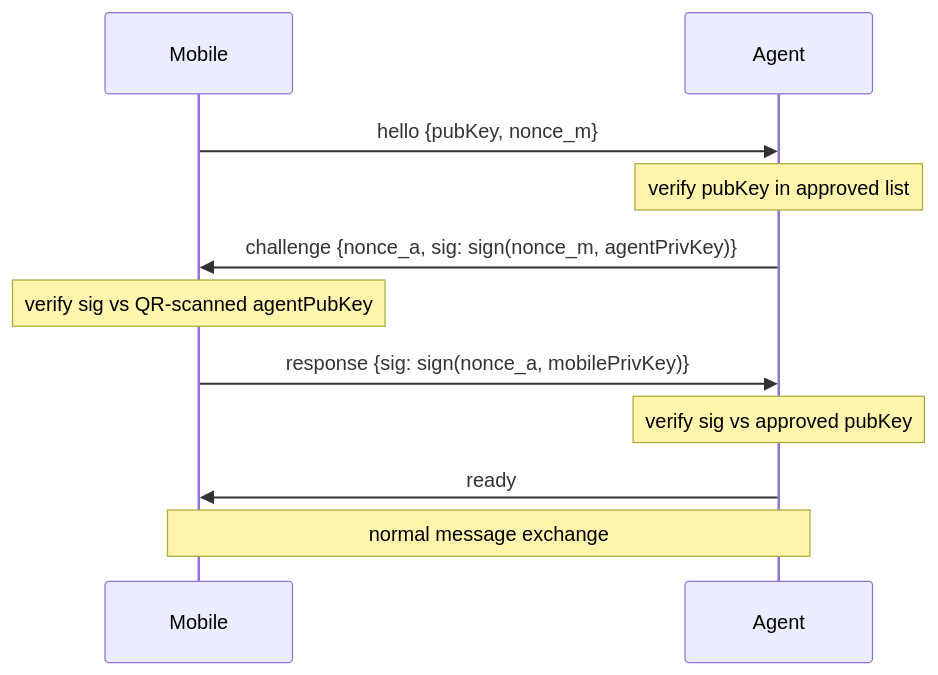
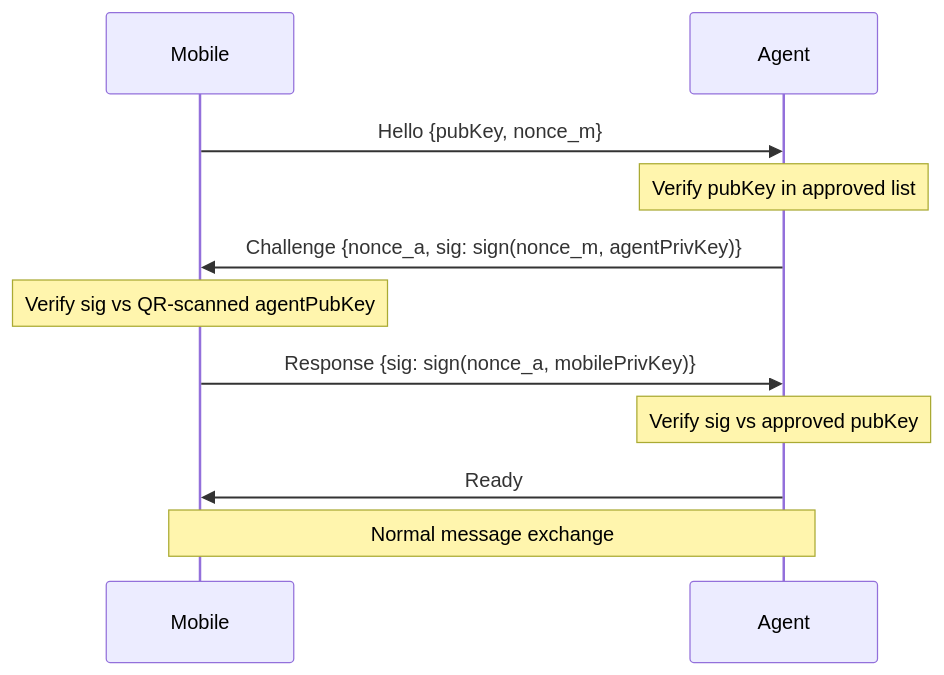
One commit to nekonihq/nekoni changed the third of 3 diagrams in README.md. Above: the diagram before and after it, drawn with Mermaid.

Commit message:
Fix formatting and capitalization in sequence diagram

````diff
--- a/README.md
+++ b/README.md
@@ -327,15 +327,15 @@
 ```mermaid
 sequenceDiagram
     participant M as Mobile
     participant A as Agent
 
-    M->>A: hello {pubKey, nonce_m}
-    Note over A: verify pubKey in approved list
-    A->>M: challenge {nonce_a, sig: sign(nonce_m, agentPrivKey)}
-    Note over M: verify sig vs QR-scanned agentPubKey
-    M->>A: response {sig: sign(nonce_a, mobilePrivKey)}
-    Note over A: verify sig vs approved pubKey
-    A->>M: ready
+    M->>A: Hello {pubKey, nonce_m}
+    Note over A: Verify pubKey in approved list
+    A->>M: Challenge {nonce_a, sig: sign(nonce_m, agentPrivKey)}
+    Note over M: Verify sig vs QR-scanned agentPubKey
+    M->>A: Response {sig: sign(nonce_a, mobilePrivKey)}
+    Note over A: Verify sig vs approved pubKey
+    A->>M: Ready
 
-    Note over M,A: normal message exchange
+    Note over M,A: Normal message exchange
 ```
````
